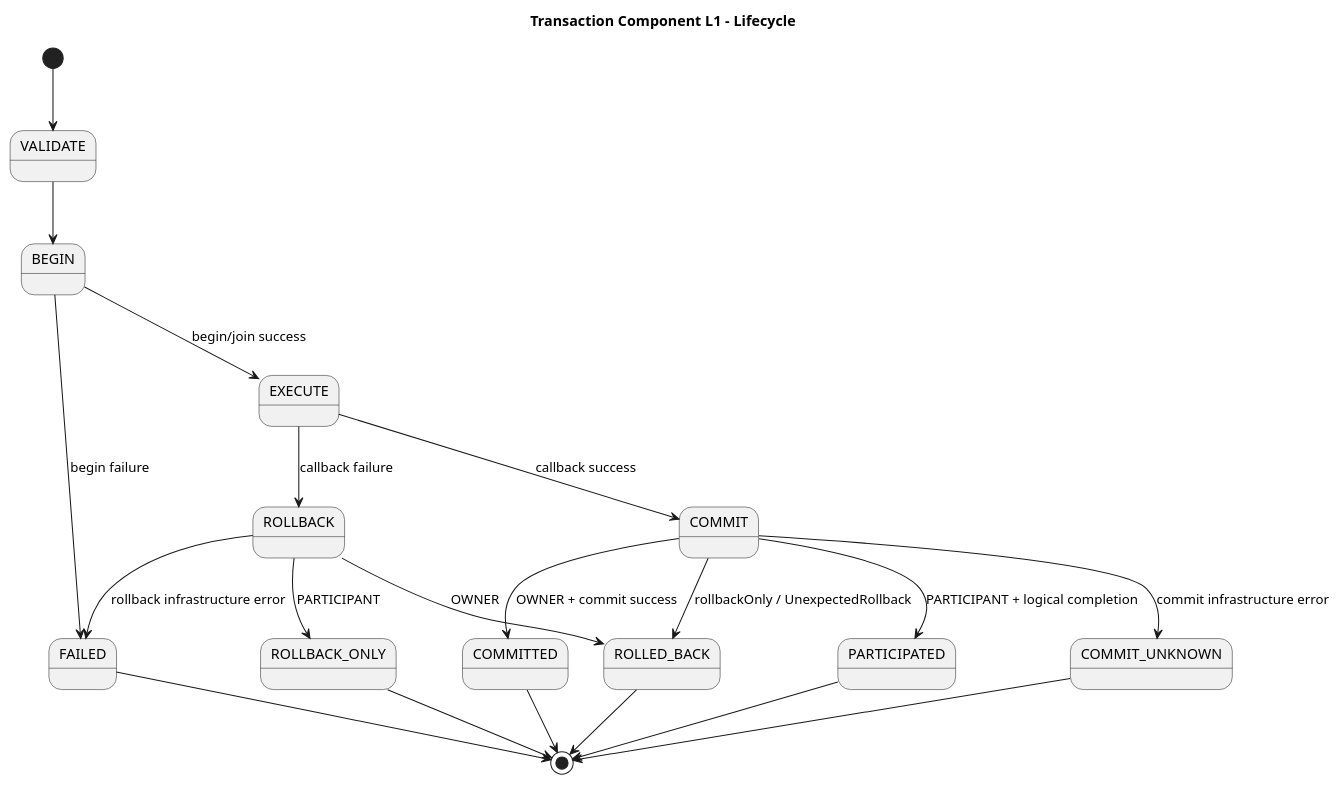
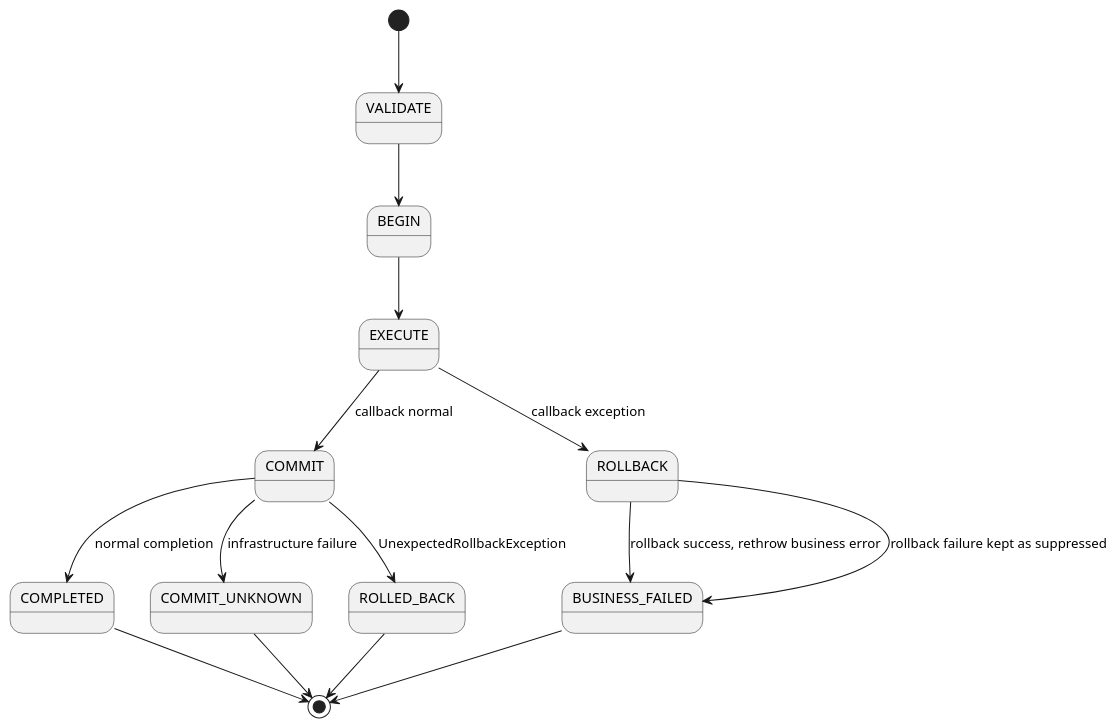
Before and after one commit to pbxjtumse/cola-web-standard: the diagram in component/transaction-component/docs/diagrams/state/L1-lifecycle.puml, drawn with PlantUML. The commit also changed 23 other files, not shown here.

```diff
--- a/component/transaction-component/docs/diagrams/state/L1-lifecycle.puml
+++ b/component/transaction-component/docs/diagrams/state/L1-lifecycle.puml
@@ -1,23 +1,16 @@
 @startuml
-title Transaction Component L1 - Lifecycle
-
 [*] --> VALIDATE
 VALIDATE --> BEGIN
-BEGIN --> EXECUTE : begin/join success
-BEGIN --> FAILED : begin failure
-EXECUTE --> COMMIT : callback success
-EXECUTE --> ROLLBACK : callback failure
-COMMIT --> COMMITTED : OWNER + commit success
-COMMIT --> PARTICIPATED : PARTICIPANT + logical completion
-COMMIT --> ROLLED_BACK : rollbackOnly / UnexpectedRollback
-COMMIT --> COMMIT_UNKNOWN : commit infrastructure error
-ROLLBACK --> ROLLED_BACK : OWNER
-ROLLBACK --> ROLLBACK_ONLY : PARTICIPANT
-ROLLBACK --> FAILED : rollback infrastructure error
-COMMITTED --> [*]
-PARTICIPATED --> [*]
+BEGIN --> EXECUTE
+EXECUTE --> COMMIT : callback normal
+EXECUTE --> ROLLBACK : callback exception
+COMMIT --> COMPLETED : normal completion
+COMMIT --> COMMIT_UNKNOWN : infrastructure failure
+COMMIT --> ROLLED_BACK : UnexpectedRollbackException
+ROLLBACK --> BUSINESS_FAILED : rollback success, rethrow business error
+ROLLBACK --> BUSINESS_FAILED : rollback failure kept as suppressed
+COMPLETED --> [*]
+COMMIT_UNKNOWN --> [*]
 ROLLED_BACK --> [*]
-ROLLBACK_ONLY --> [*]
-COMMIT_UNKNOWN --> [*]
-FAILED --> [*]
+BUSINESS_FAILED --> [*]
 @enduml
```
